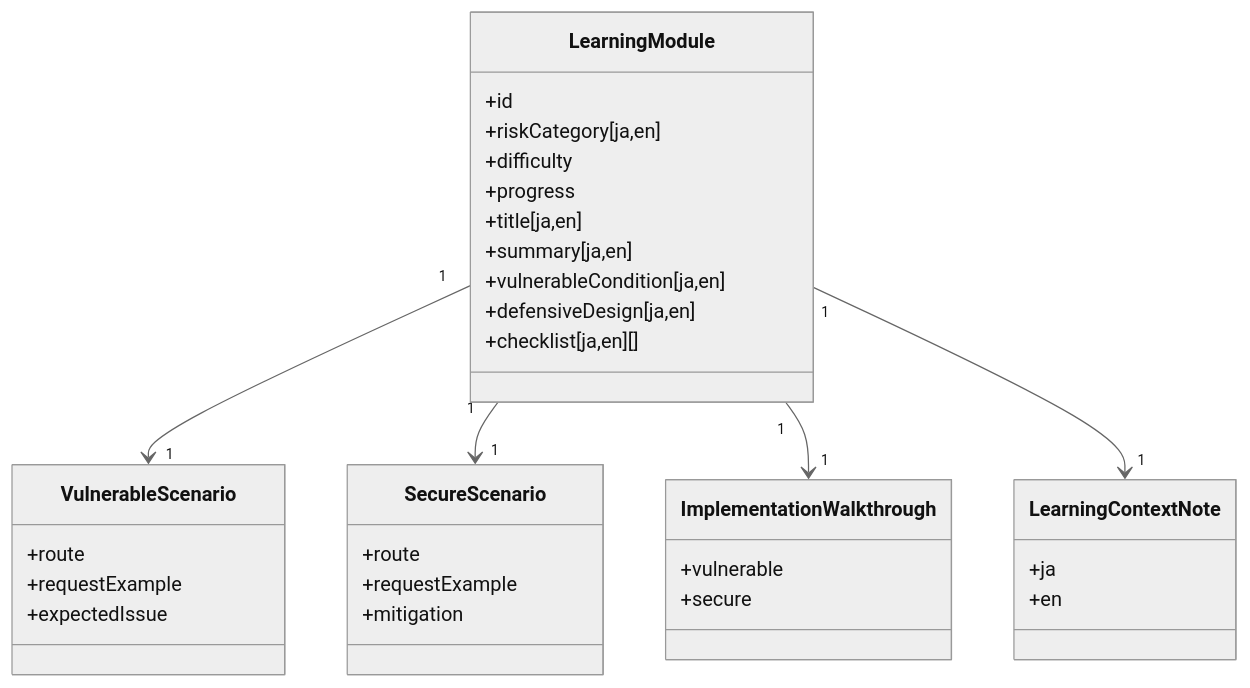
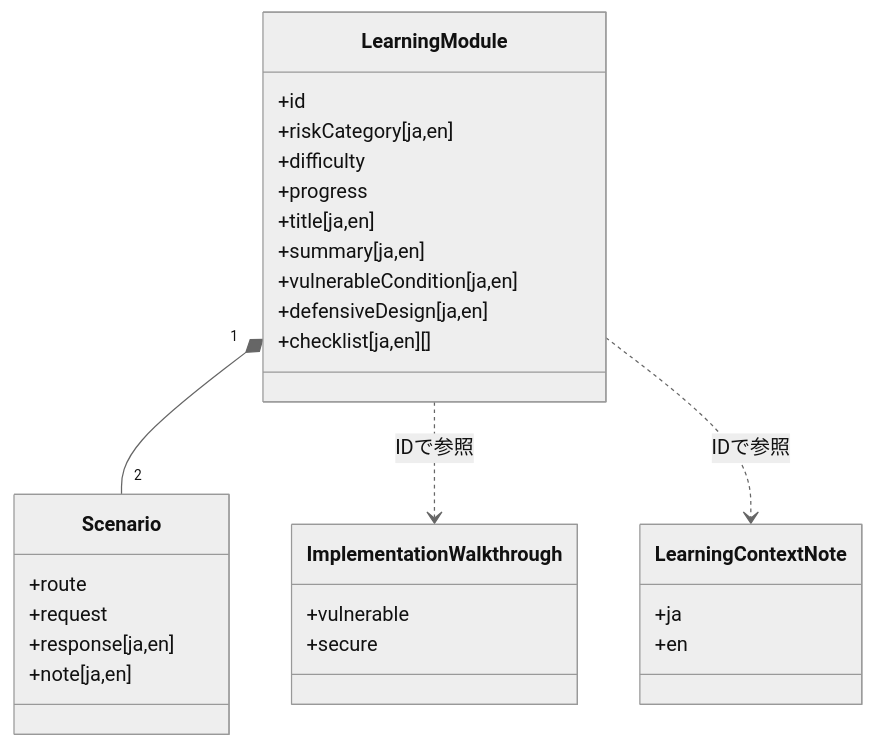
One commit to kiryu1211/api-security-lab-platform changed the second of 8 diagrams in docs/design.ja.md. Above: the diagram before and after it, drawn with Mermaid (neutral theme). The commit also changed other lines of this file and 22 other files, not shown here.

````diff
--- a/docs/design.ja.md
+++ b/docs/design.ja.md
@@ -36,37 +38,32 @@
 ```mermaid
 classDiagram
     class LearningModule {
         +id
         +riskCategory[ja,en]
         +difficulty
         +progress
         +title[ja,en]
         +summary[ja,en]
         +vulnerableCondition[ja,en]
         +defensiveDesign[ja,en]
         +checklist[ja,en][]
     }
-    class VulnerableScenario {
+    class Scenario {
         +route
-        +requestExample
-        +expectedIssue
-    }
-    class SecureScenario {
-        +route
-        +requestExample
-        +mitigation
+        +request
+        +response[ja,en]
+        +note[ja,en]
     }
     class ImplementationWalkthrough {
         +vulnerable
         +secure
     }
     class LearningContextNote {
         +ja
         +en
     }
 
-    LearningModule "1" --> "1" VulnerableScenario
-    LearningModule "1" --> "1" SecureScenario
-    LearningModule "1" --> "1" ImplementationWalkthrough
-    LearningModule "1" --> "1" LearningContextNote
+    LearningModule "1" *-- "2" Scenario
+    LearningModule ..> ImplementationWalkthrough : IDで参照
+    LearningModule ..> LearningContextNote : IDで参照
 ```
````
